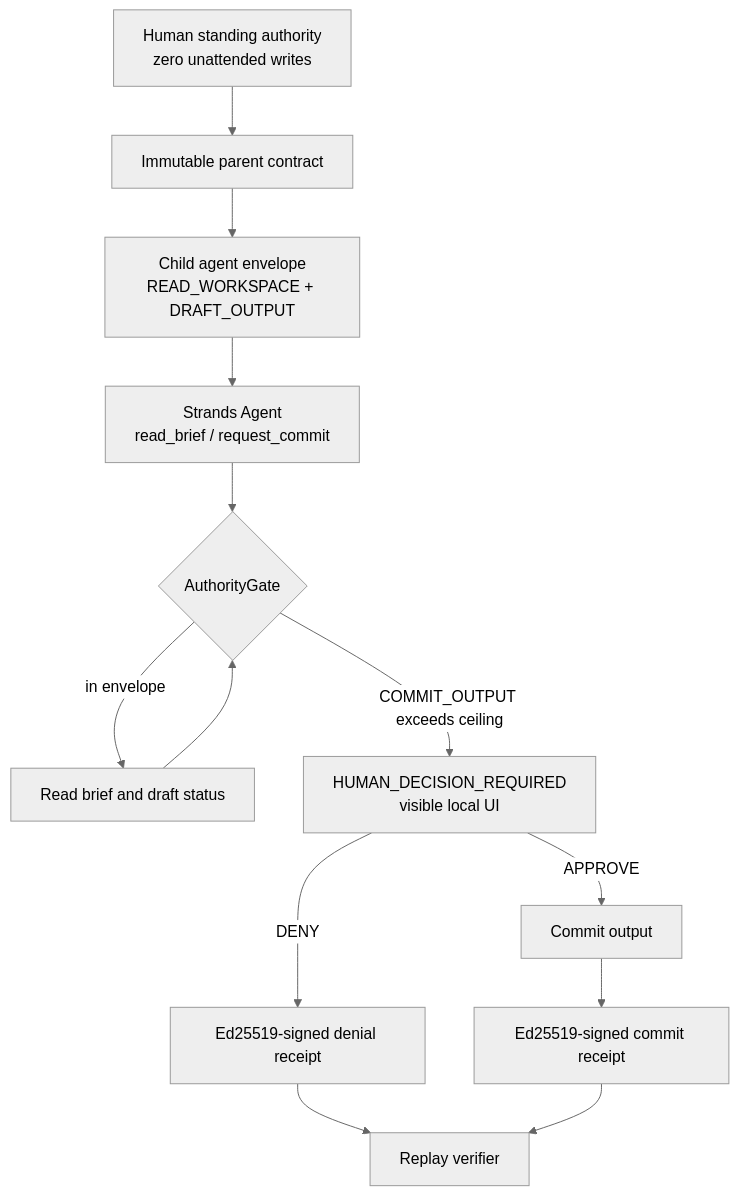
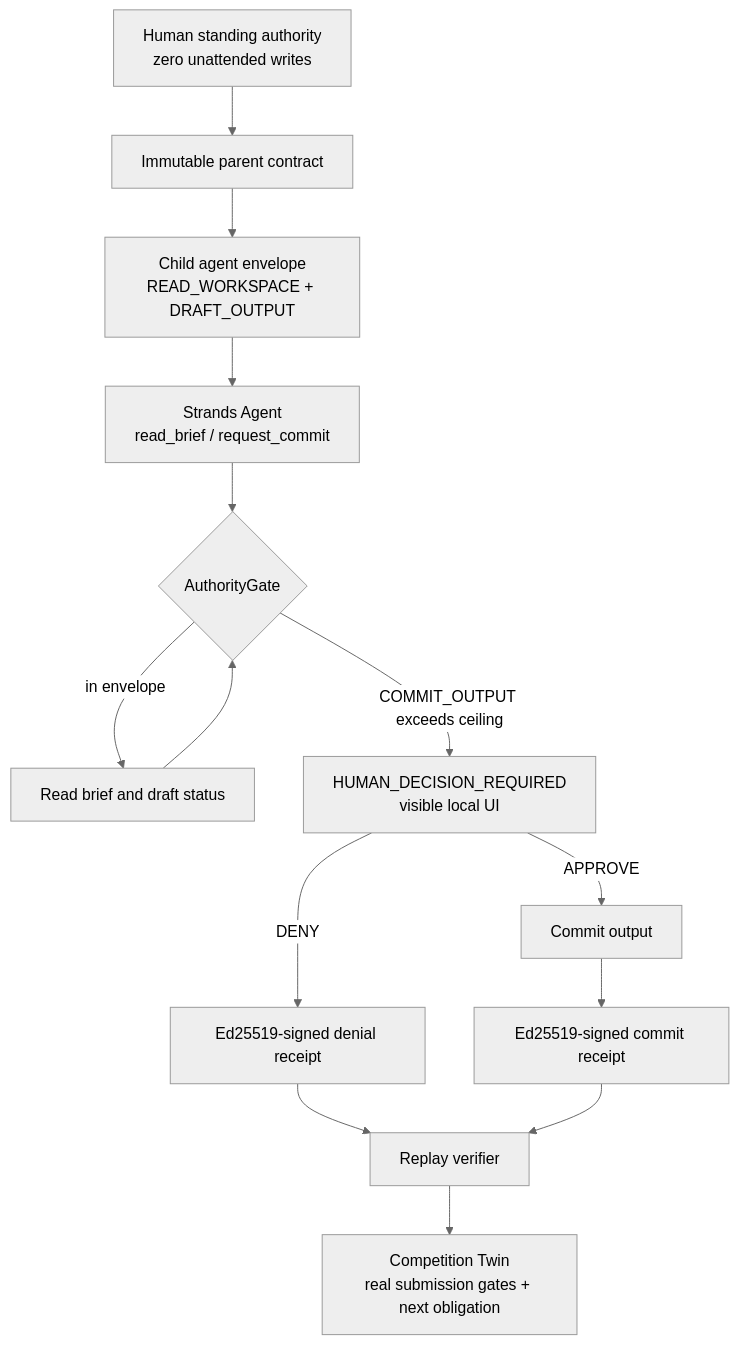
One commit to S-Leishman/stop-and-ask-agent changed the diagram in ARCHITECTURE.md. Above: the diagram before and after it, drawn with Mermaid (neutral theme). The commit also changed other lines of this file and 14 other files, not shown here.

Commit message:
feat: add Tiny Verdict contract and competition twin

````diff
--- a/ARCHITECTURE.md
+++ b/ARCHITECTURE.md
@@ -3,15 +3,16 @@
 ```mermaid
 flowchart TD
     H[Human standing authority\nzero unattended writes] --> P[Immutable parent contract]
     P --> C[Child agent envelope\nREAD_WORKSPACE + DRAFT_OUTPUT]
     C --> S[Strands Agent\nread_brief / request_commit]
     S --> G{AuthorityGate}
     G -->|in envelope| W[Read brief and draft status]
     W --> G
     G -->|COMMIT_OUTPUT exceeds ceiling| Q[HUMAN_DECISION_REQUIRED\nvisible local UI]
     Q -->|DENY| R1[Ed25519-signed denial receipt]
     Q -->|APPROVE| E[Commit output]
     E --> R2[Ed25519-signed commit receipt]
     R1 --> V[Replay verifier]
     R2 --> V
+    V --> T[Competition Twin\nreal submission gates + next obligation]
 ```
````
